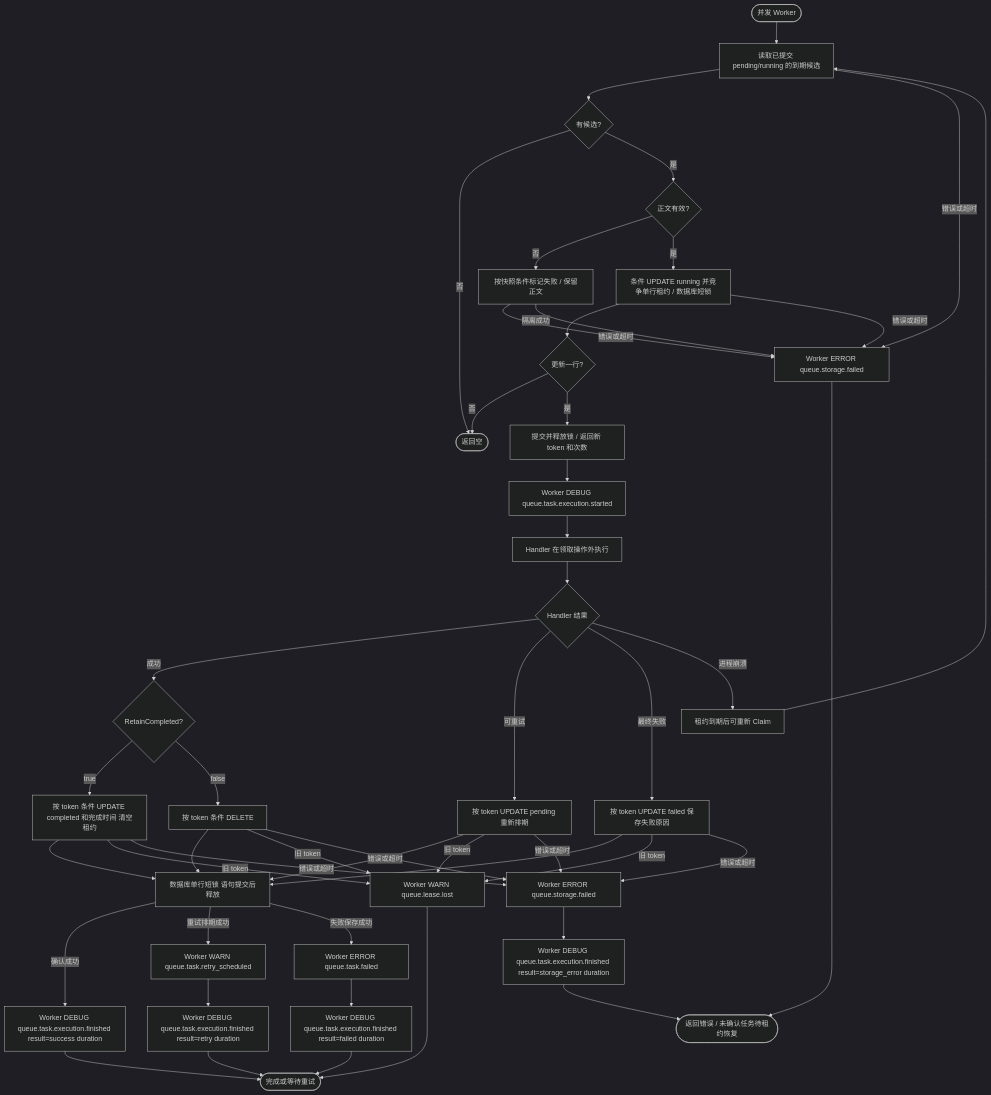
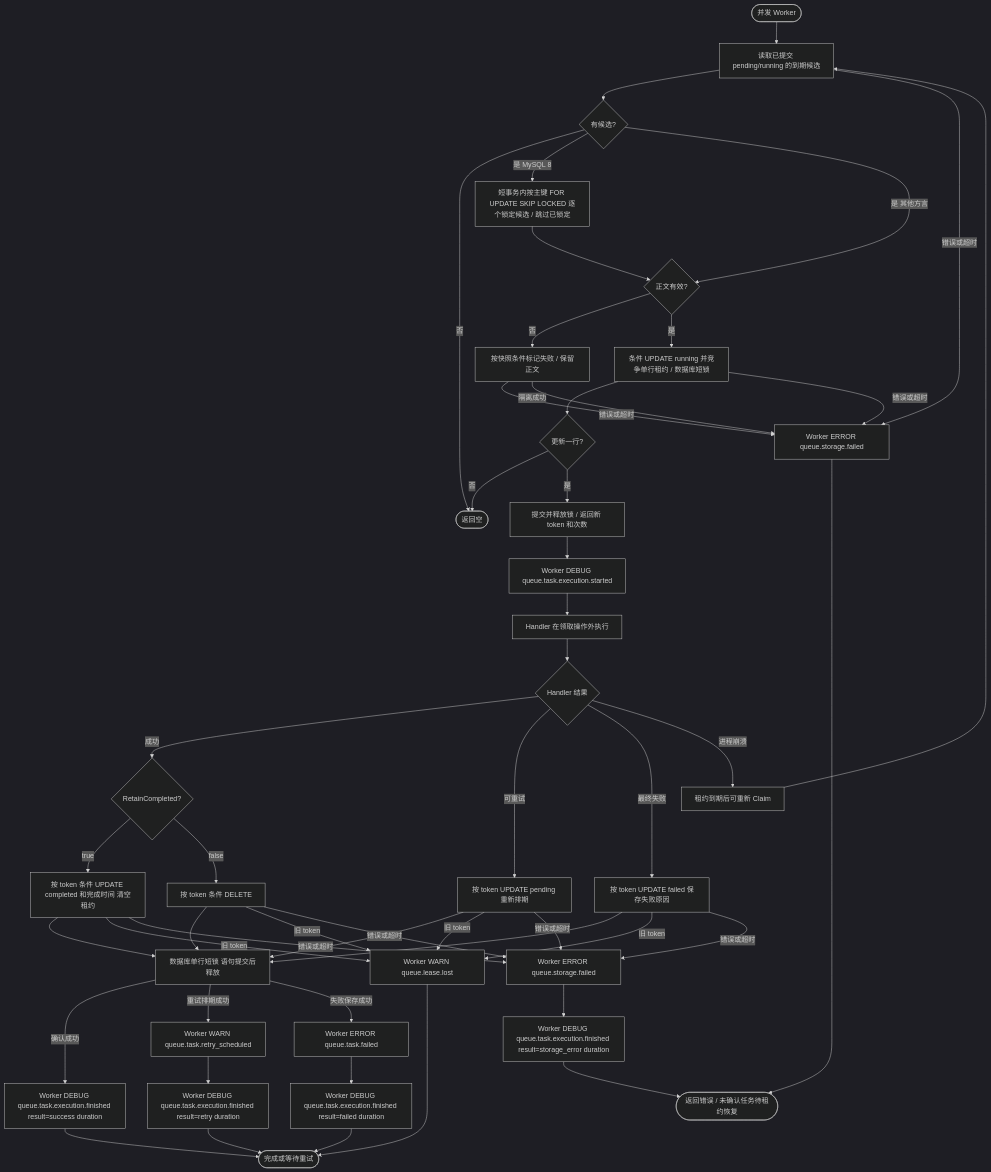
One commit to jaggerzhuang1994/kratos-foundation changed the fourth of 4 diagrams in contrib/queue/database/gorm/README.md. Above: the diagram before and after it, drawn with Mermaid (dark theme). The commit also changed other lines of this file and 14 other files, not shown here.

First line of the commit message:
fix(queue): retry transient storage errors, SKIP LOCKED claims on MySQL, pod_name-aware rules

````diff
--- a/contrib/queue/database/gorm/README.md
+++ b/contrib/queue/database/gorm/README.md
@@ -137,37 +142,39 @@
 ```mermaid
 flowchart TD
     A([并发 Worker]) --> B[读取已提交 pending/running 的到期候选]
     B --> C{有候选?}
     C -- 否 --> E([返回空])
-    C -- 是 --> D{正文有效?}
+    C -- 是 MySQL 8 --> SL[短事务内按主键 FOR UPDATE SKIP LOCKED 逐个锁定候选 / 跳过已锁定]
+    SL --> D
+    C -- 是 其他方言 --> D{正文有效?}
     D -- 否 --> F[按快照条件标记失败 / 保留正文]
     D -- 是 --> G[条件 UPDATE running 并竞争单行租约 / 数据库短锁]
     G --> H{更新一行?}
     H -- 否 --> E
     H -- 是 --> I[提交并释放锁 / 返回新 token 和次数]
     I --> IS[Worker DEBUG queue.task.execution.started]
     IS --> J[Handler 在领取操作外执行]
     J --> K{Handler 结果}
     K -- 成功 --> KA{RetainCompleted?}
     KA -- true --> KB[按 token 条件 UPDATE completed 和完成时间 清空租约]
     KA -- false --> KC[按 token 条件 DELETE]
     K -- 可重试 --> KD[按 token UPDATE pending 重新排期]
     K -- 最终失败 --> KE[按 token UPDATE failed 保存失败原因]
     K -- 进程崩溃 --> KR[租约到期后可重新 Claim]
     KR --> B
     KB & KC & KD & KE --> KU[数据库单行短锁 语句提交后释放]
     KU -- 确认成功 --> KL[Worker DEBUG queue.task.execution.finished result=success duration]
     KU -- 重试排期成功 --> KM[Worker WARN queue.task.retry_scheduled]
     KU -- 失败保存成功 --> KN[Worker ERROR queue.task.failed]
     KM --> KMF[Worker DEBUG queue.task.execution.finished result=retry duration]
     KN --> KNF[Worker DEBUG queue.task.execution.finished result=failed duration]
     KL & KMF & KNF --> L([完成或等待重试])
     KB & KC & KD & KE -- 旧 token --> M[Worker WARN queue.lease.lost]
     M --> L
     B & F & G -- 错误或超时 --> N0[Worker ERROR queue.storage.failed]
     N0 --> O
     KB & KC & KD & KE -- 错误或超时 --> N[Worker ERROR queue.storage.failed]
     N --> NF[Worker DEBUG queue.task.execution.finished result=storage_error duration]
     NF --> O([返回错误 / 未确认任务待租约恢复])
     F -- 隔离成功 --> N0
 ```
````
